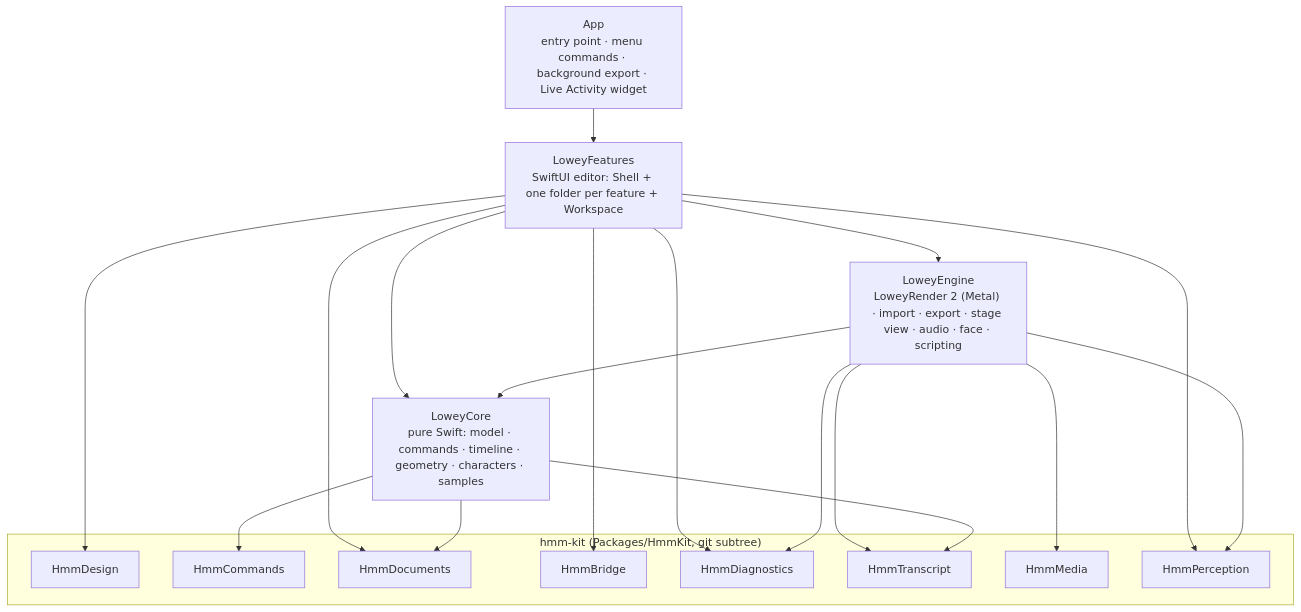
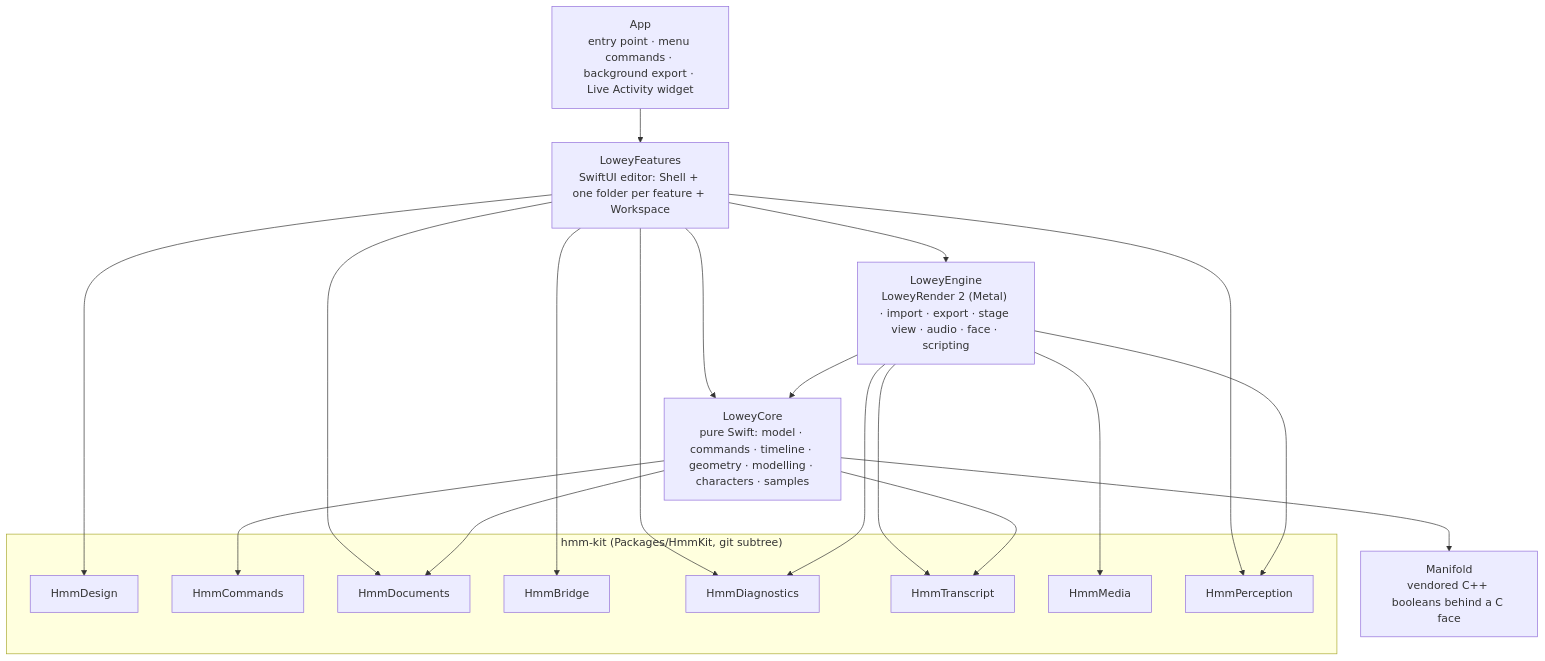
Before and after one commit to AhmedHeshamEG/3D-lowey: the first of 6 diagrams in docs/ARCHITECTURE.md, drawn with Mermaid. The commit also changed other lines of this file and 118 other files, not shown here.

````diff
--- a/docs/ARCHITECTURE.md
+++ b/docs/ARCHITECTURE.md
@@ -9,24 +9,26 @@
 ```mermaid
 flowchart TD
     App["App<br/>entry point · menu commands · background export · Live Activity widget"]
     Features["LoweyFeatures<br/>SwiftUI editor: Shell + one folder per feature + Workspace"]
     Engine["LoweyEngine<br/>LoweyRender 2 (Metal) · import · export · stage view · audio · face · scripting"]
-    Core["LoweyCore<br/>pure Swift: model · commands · timeline · geometry · characters · samples"]
+    Core["LoweyCore<br/>pure Swift: model · commands · timeline · geometry · modelling · characters · samples"]
+    Manifold["Manifold<br/>vendored C++ booleans behind a C face"]
     subgraph HmmKit["hmm-kit (Packages/HmmKit, git subtree)"]
         Design[HmmDesign]
         Commands[HmmCommands]
         Documents[HmmDocuments]
         Bridge[HmmBridge]
         Diagnostics[HmmDiagnostics]
         Transcript[HmmTranscript]
         Media[HmmMedia]
         Perception[HmmPerception]
     end
     App --> Features
     Features --> Engine
     Features --> Core
     Engine --> Core
+    Core --> Manifold
     Features --> Design & Bridge & Diagnostics & Documents & Perception
     Engine --> Media & Diagnostics & Transcript & Perception
     Core --> Commands & Documents & Transcript
 ```
````
